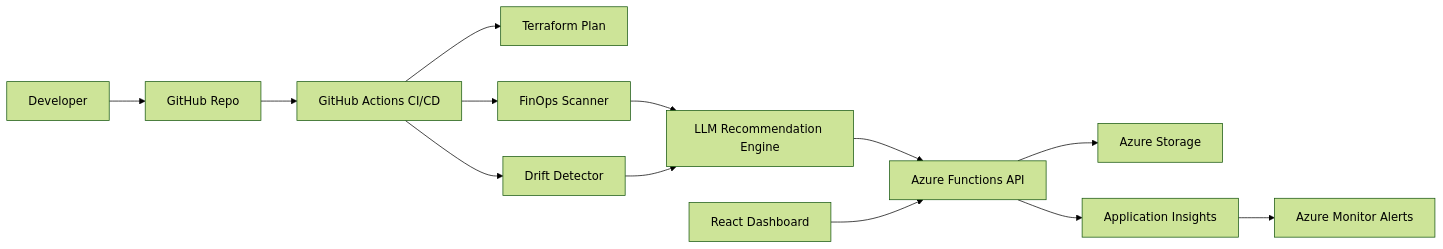
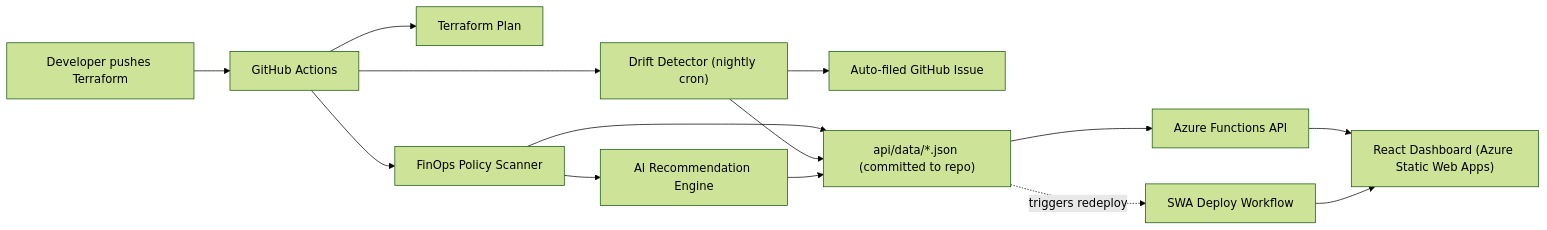
One commit to nikhilahuja79/cloudwise-radar changed the second of 2 diagrams in docs/architecture.md. Above: the diagram before and after it, drawn with Mermaid (forest theme). The commit also changed other lines of this file and 1 other file, not shown here.

Commit message:
docs: add full project write-up and refresh architecture.md
Document the problem/solution/org-value framing and the two real CI
bugs found while wiring the pipeline end-to-end. architecture.md was
describing planned-but-unbuilt features as "will" do X; updated to
reflect current state and link to the new write-up.

````diff
--- a/docs/architecture.md
+++ b/docs/architecture.md
@@ -34,15 +34,16 @@
 ```mermaid
 flowchart LR
-  Dev["Developer"] --> GitHub["GitHub Repo"]
-  GitHub --> CI["GitHub Actions CI/CD"]
-  CI --> TFPlan["Terraform Plan"]
-  CI --> CostScan["FinOps Scanner"]
-  CI --> DriftScan["Drift Detector"]
-  CostScan --> AI["LLM Recommendation Engine"]
-  DriftScan --> AI
-  AI --> API["Azure Functions API"]
-  API --> Data["Azure Storage"]
-  Dashboard["React Dashboard"] --> API
-  API --> Insights["Application Insights"]
-  Insights --> Alerts["Azure Monitor Alerts"]
+  Dev["Developer pushes Terraform"] --> GH["GitHub Actions"]
+  GH --> TF["Terraform Plan"]
+  GH --> Cost["FinOps Policy Scanner"]
+  GH --> Drift["Drift Detector (nightly cron)"]
+  Cost --> AI["AI Recommendation Engine"]
+  Drift --> Issue["Auto-filed GitHub Issue"]
+  Cost --> Data["api/data/*.json (committed to repo)"]
+  Drift --> Data
+  AI --> Data
+  Data --> API["Azure Functions API"]
+  API --> UI["React Dashboard (Azure Static Web Apps)"]
+  Data -.triggers redeploy.-> SWADeploy["SWA Deploy Workflow"]
+  SWADeploy --> UI
 ```
````
